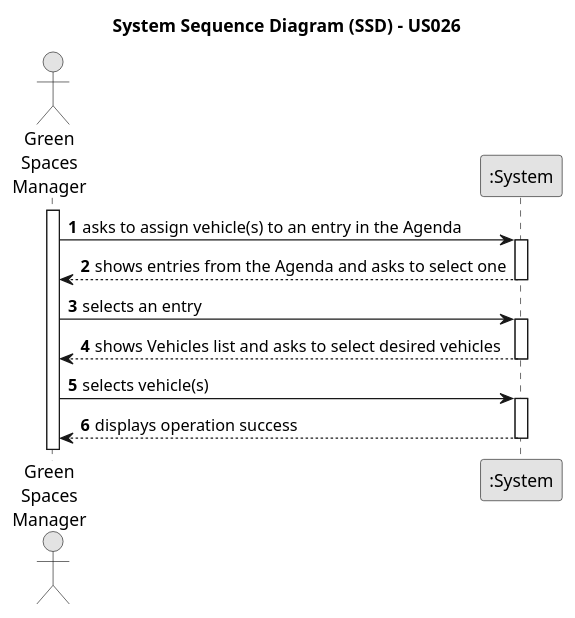
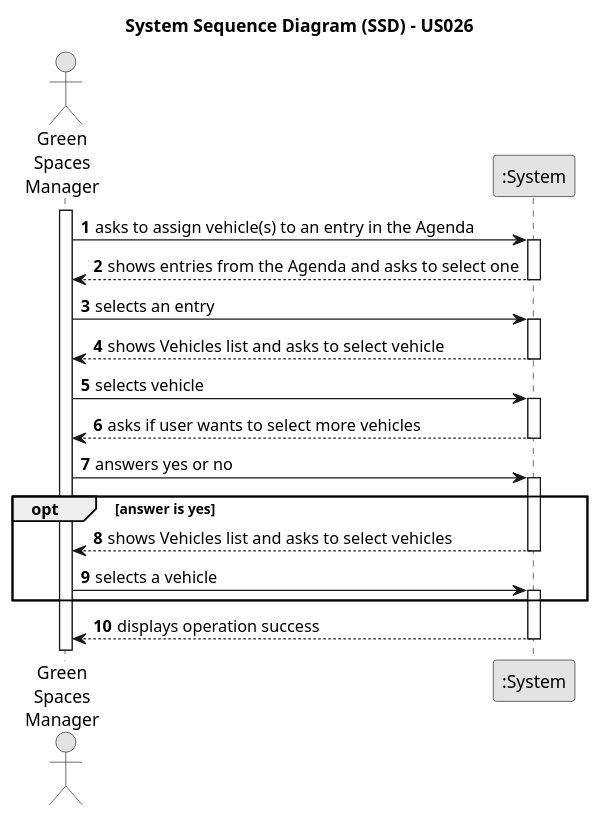
One commit to Departamento-de-Engenharia-Informatica/lei-24-s2-1dm-g132 changed the diagram in docs/sprintC/us026/01.requirements-engineering/puml/us026-system-sequence-diagram.puml. Above: the diagram before and after it, drawn with PlantUML. The commit also changed 9 other files, not shown here.

Commit message:
US026- Update of SVGs and diagrams

```diff
--- a/docs/sprintC/us026/01.requirements-engineering/puml/us026-system-sequence-diagram.puml
+++ b/docs/sprintC/us026/01.requirements-engineering/puml/us026-system-sequence-diagram.puml
@@ -1,32 +1,43 @@
 @startuml
 skinparam monochrome true
 skinparam packageStyle rectangle
 skinparam shadowing false
 
 title System Sequence Diagram (SSD) - US026
 autonumber
 
 actor "Green\nSpaces\nManager" as GSM
 participant ":System" as System
 
 activate GSM
 
     GSM -> System : asks to assign vehicle(s) to an entry in the Agenda
     activate System
 
         System --> GSM : shows entries from the Agenda and asks to select one
     deactivate System
 
     GSM -> System : selects an entry
     activate System
 
-        System --> GSM : shows Vehicles list and asks to select desired vehicles
+        System --> GSM : shows Vehicles list and asks to select vehicle
     deactivate System
 
-    GSM -> System : selects vehicle(s)
+    GSM -> System : selects vehicle
+    activate System
+       System --> GSM : asks if user wants to select more vehicles
+        deactivate System
+GSM -> System : answers yes or no
     activate System
 
+    opt answer is yes
+    System --> GSM : shows Vehicles list and asks to select vehicles
+    deactivate System
+
+    GSM -> System : selects a vehicle
+    activate System
+    end opt
         System --> GSM : displays operation success
     deactivate System
 
 @enduml
```
